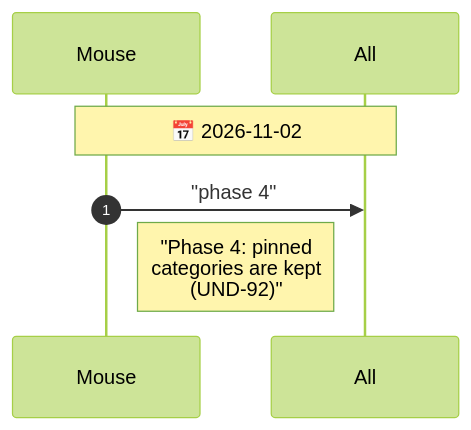
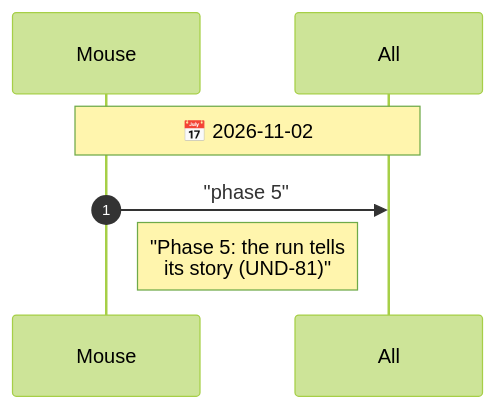
The seventh of 7 diagrams in agents/CHAT.diagram.md (drusifer/understudy), drawn with Mermaid (forest theme) before and after one commit. The commit also changed other lines of this file and 17 other files, not shown here.

First line of the commit message:
Phase 4: pinned categories are kept (UND-92)

````diff
--- a/agents/CHAT.diagram.md
+++ b/agents/CHAT.diagram.md
@@ -372,10 +405,10 @@
 ```mermaid
 %%{init: {"sequence": {"messageFontSize": 14, "noteFontSize": 18, "actorFontSize": 14}}}%%
 sequenceDiagram
     autonumber
     participant Mouse
     participant All
     Note over Mouse,All: 📅 2026-11-02
-    Mouse->>All: "phase 4"
-    Note right of Mouse: "Phase 4: pinned<br/>categories are kept<br/>(UND-92)"
+    Mouse->>All: "phase 5"
+    Note right of Mouse: "Phase 5: the run tells<br/>its story (UND-81)"
 ```
````
